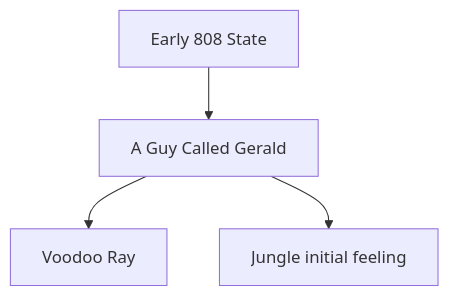
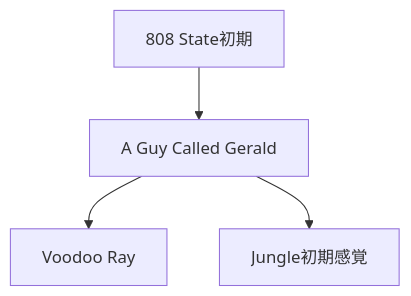
Diagram 12 of 17 in en/_posts/2026-05-24-column-808-state.md (monumental-movement/monumental-movement.github.io), drawn with Mermaid before and after one commit. The commit also changed other lines of this file and 2196 other files, not shown here.

```diff
--- a/en/_posts/2026-05-24-column-808-state.md
+++ b/en/_posts/2026-05-24-column-808-state.md
@@ -441,6 +440,6 @@
 <div class="mermaid">
 flowchart TD
-A[Early 808 State] --> B[A Guy Called Gerald]
+A[808 State初期] --> B[A Guy Called Gerald]
 B --> C[Voodoo Ray]
-B --> D[Jungle initial feeling]
+B --> D[Jungle初期感覚]
 </div>
```
